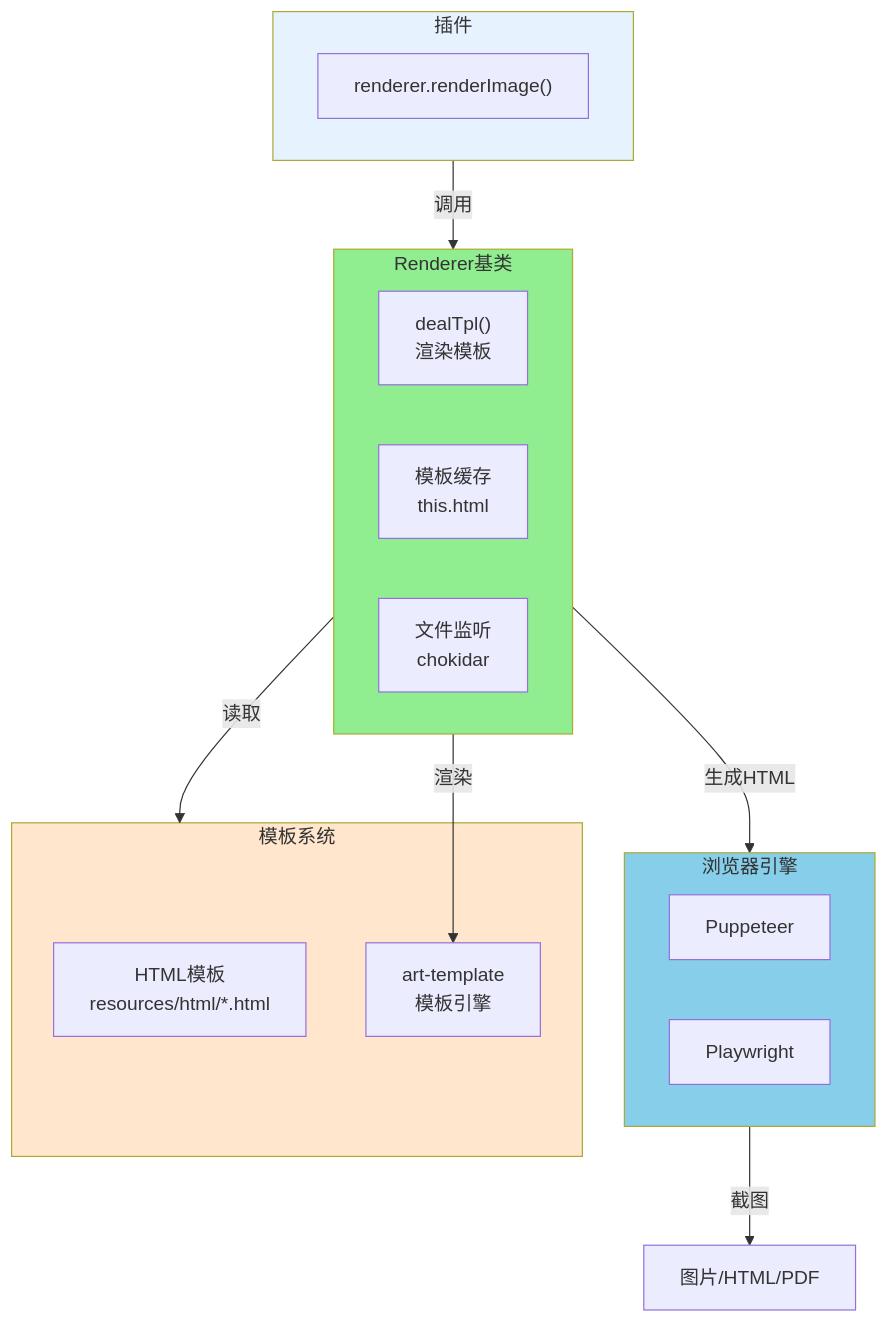
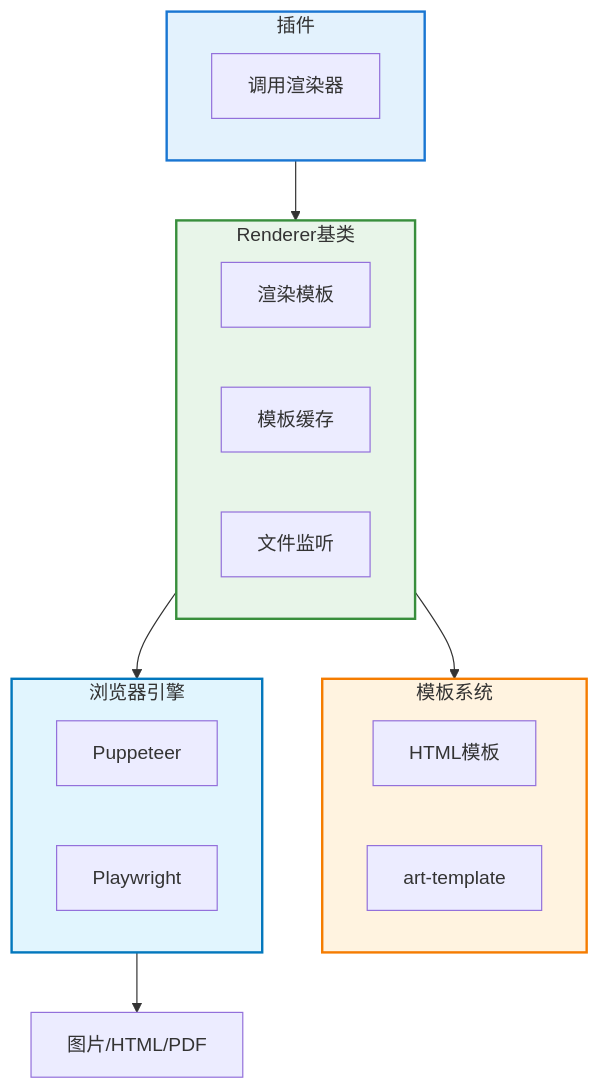
Before and after one commit to sunflowermm/XRK-AGT: the first of 2 diagrams in docs/renderer.md, drawn with Mermaid. The commit also changed other lines of this file and 19 other files, not shown here.

````diff
--- a/docs/renderer.md
+++ b/docs/renderer.md
@@ -21,33 +21,32 @@
 ```mermaid
 flowchart TB
     subgraph Plugin["插件"]
-        Call["renderer.renderImage()"]
+        Call["调用渲染器"]
     end
     
     subgraph Renderer["Renderer基类"]
-        DealTpl["dealTpl()<br/>渲染模板"]
-        Cache["模板缓存<br/>this.html"]
-        Watch["文件监听<br/>chokidar"]
+        DealTpl["渲染模板"]
+        Cache["模板缓存"]
+        Watch["文件监听"]
     end
     
     subgraph Template["模板系统"]
-        HTML["HTML模板<br/>resources/html/*.html"]
-        ArtTemplate["art-template<br/>模板引擎"]
+        HTML["HTML模板"]
+        ArtTemplate["art-template"]
     end
     
     subgraph Engine["浏览器引擎"]
         Puppeteer["Puppeteer"]
         Playwright["Playwright"]
     end
     
-    Plugin -->|调用| Renderer
-    Renderer -->|读取| Template
-    Renderer -->|渲染| ArtTemplate
-    Renderer -->|生成HTML| Engine
-    Engine -->|截图| Output["图片/HTML/PDF"]
+    Plugin --> Renderer
+    Renderer --> Template
+    Renderer --> Engine
+    Engine --> Output["图片/HTML/PDF"]
     
-    style Plugin fill:#E6F3FF
-    style Renderer fill:#90EE90
-    style Template fill:#FFE6CC
-    style Engine fill:#87CEEB
+    style Plugin fill:#E3F2FD,stroke:#1976D2,stroke-width:2px
+    style Renderer fill:#E8F5E9,stroke:#388E3C,stroke-width:2px
+    style Template fill:#FFF3E0,stroke:#F57C00,stroke-width:2px
+    style Engine fill:#E1F5FE,stroke:#0277BD,stroke-width:2px
 ```
````
